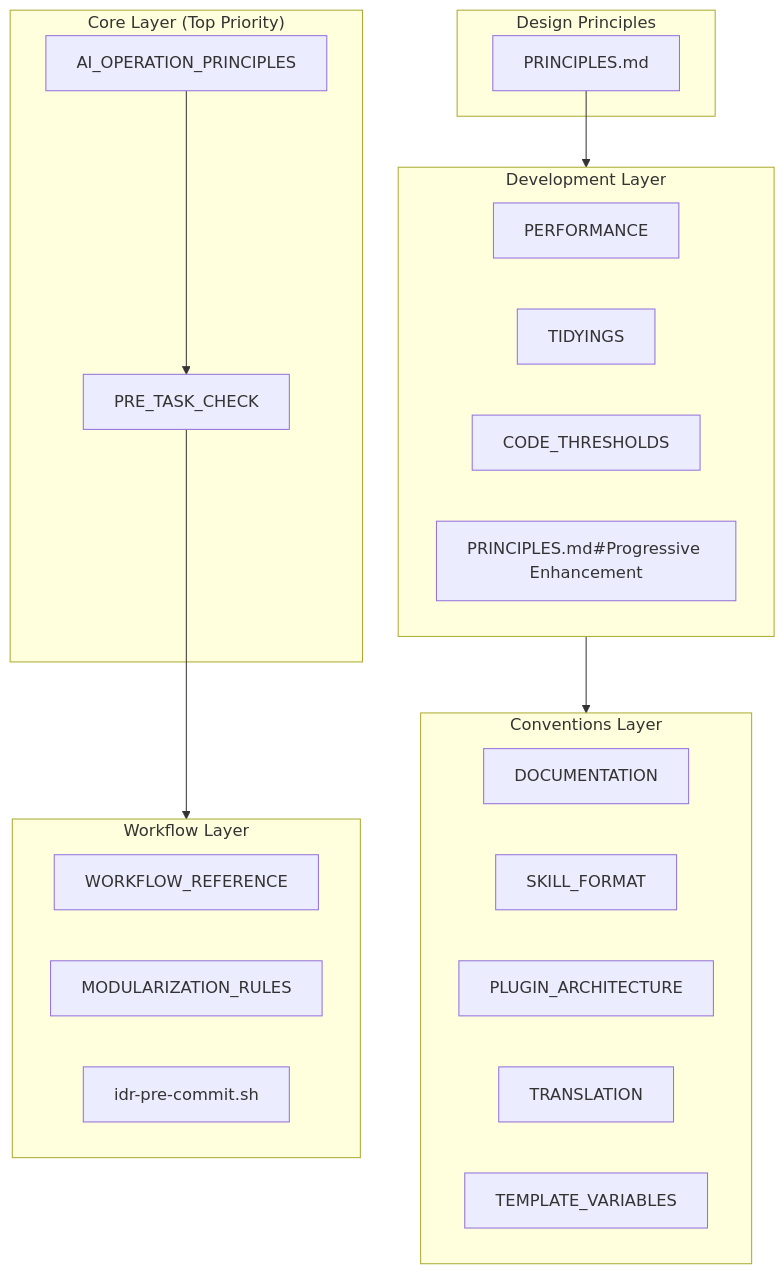
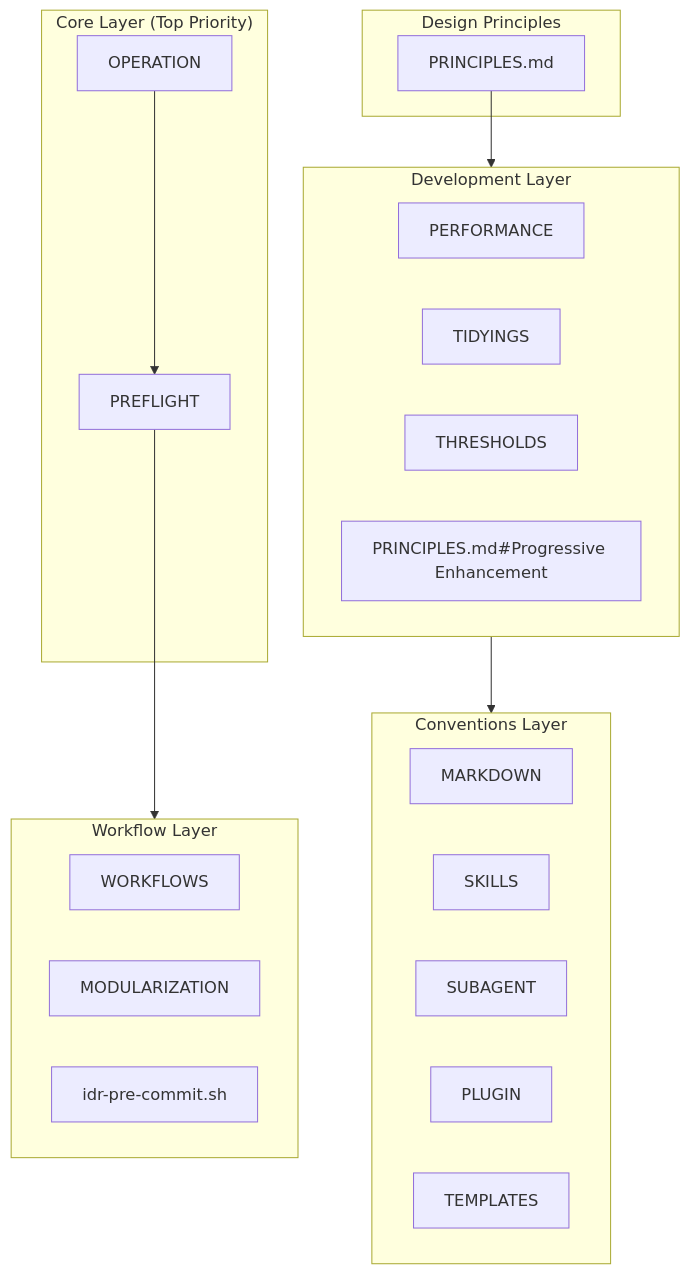
One commit to thkt/dotclaude changed the first of 2 diagrams in docs/DESIGN.md. Above: the diagram before and after it, drawn with Mermaid. The commit also changed other lines of this file and 176 other files, not shown here.

First line of the commit message:
refactor(.claude): consolidate skills, rules, reviewers, docs into EN canonical

````diff
--- a/docs/DESIGN.md
+++ b/docs/DESIGN.md
@@ -9,37 +9,37 @@
 ```mermaid
 graph TD
     subgraph Core["Core Layer (Top Priority)"]
-        AOP[AI_OPERATION_PRINCIPLES]
-        PTC[PRE_TASK_CHECK]
+        OPS[OPERATION]
+        PFL[PREFLIGHT]
     end
 
     subgraph Principles["Design Principles"]
         P[PRINCIPLES.md]
     end
 
     subgraph Development["Development Layer"]
         PERF[PERFORMANCE]
         TIDY[TIDYINGS]
-        CODE[CODE_THRESHOLDS]
+        CODE[THRESHOLDS]
         PROG[PRINCIPLES.md#Progressive Enhancement]
     end
 
     subgraph Conventions["Conventions Layer"]
-        DOC[DOCUMENTATION]
-        SKILL[SKILL_FORMAT]
-        PLUG[PLUGIN_ARCHITECTURE]
-        TRANS[TRANSLATION]
-        TEMP[TEMPLATE_VARIABLES]
+        MD[MARKDOWN]
+        SKILL[SKILLS]
+        SUB[SUBAGENT]
+        PLUG[PLUGIN]
+        TEMP[TEMPLATES]
     end
 
     subgraph Workflows["Workflow Layer"]
-        WG[WORKFLOW_REFERENCE]
-        MOD[MODULARIZATION_RULES]
+        WG[WORKFLOWS]
+        MOD[MODULARIZATION]
         IDR[idr-pre-commit.sh]
     end
 
-    AOP --> PTC
+    OPS --> PFL
     P --> Development
-    PTC --> Workflows
+    PFL --> Workflows
     Development --> Conventions
 ```
````
